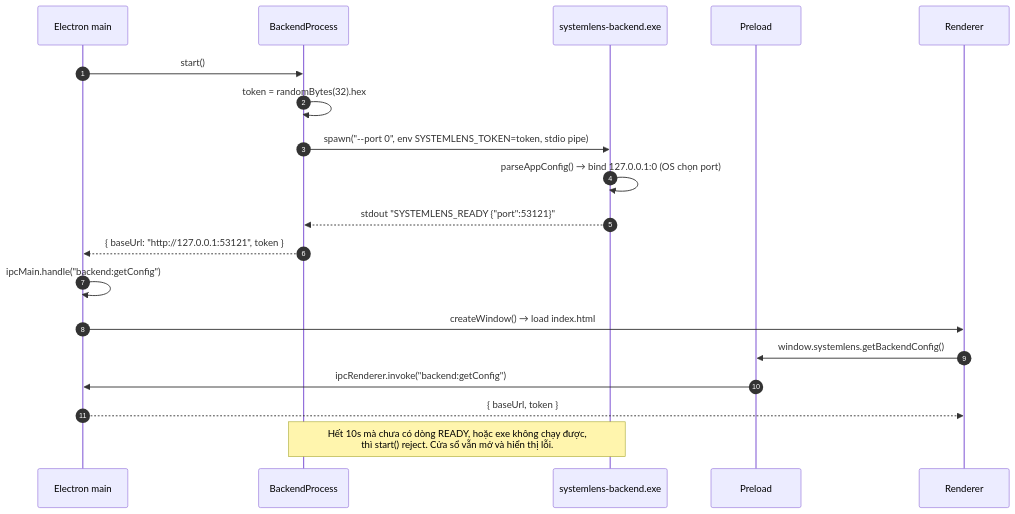
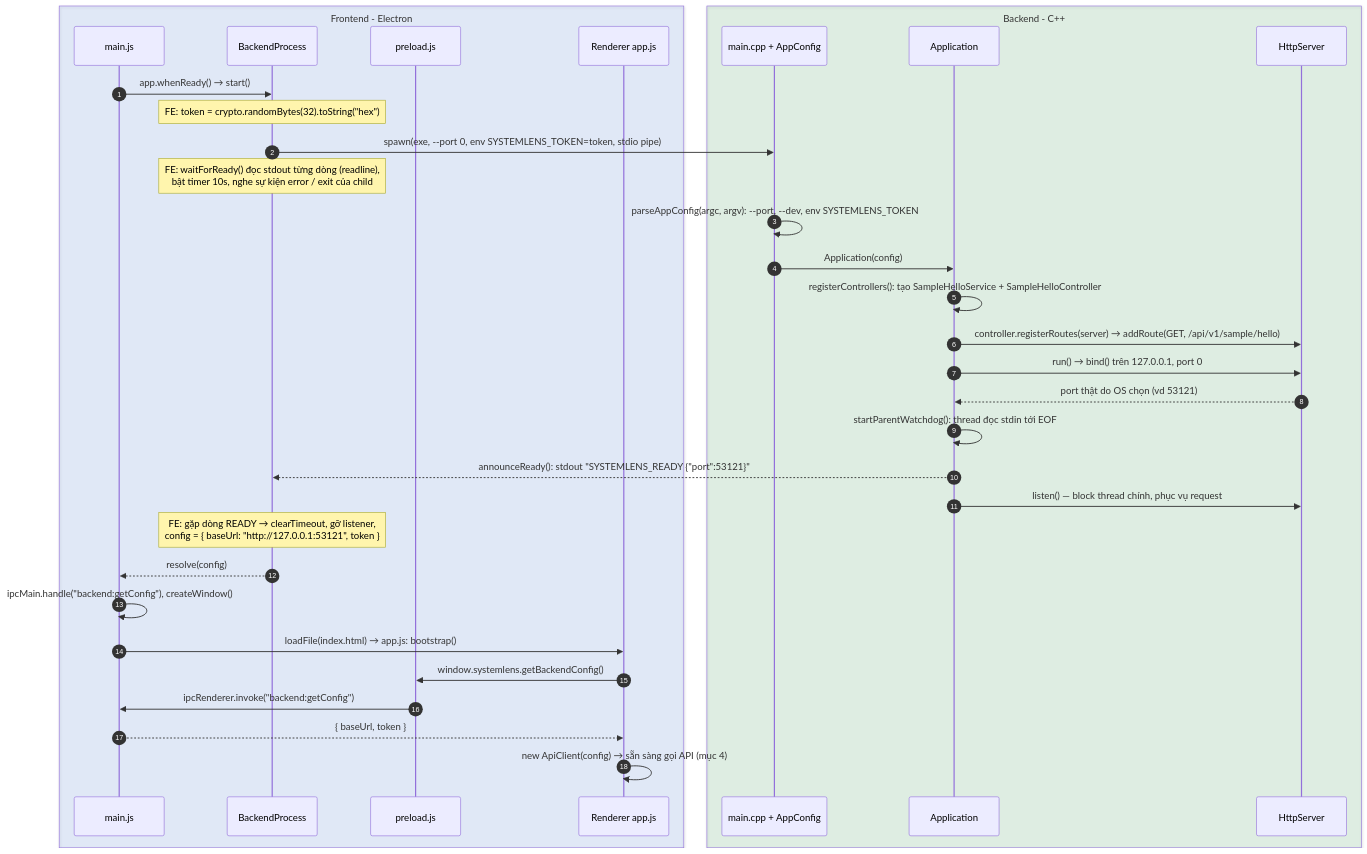
The second of 4 diagrams in docs/high-level-design.md (hoanglong1412/SystemLens), drawn with Mermaid before and after one commit. The commit also changed other lines of this file and 13 other files, not shown here.

First line of the commit message:
Add master spec, LLDs and API reference; refine HLD diagrams

````diff
--- a/docs/high-level-design.md
+++ b/docs/high-level-design.md
@@ -63,22 +83,37 @@
 ```mermaid
 sequenceDiagram
     autonumber
-    participant M as Electron main
-    participant BP as BackendProcess
-    participant BE as systemlens-backend.exe
-    participant P as Preload
-    participant R as Renderer
+    box rgba(66,133,244,0.12) Frontend - Electron
+        participant M as main.js
+        participant BP as BackendProcess
+        participant P as preload.js
+        participant R as Renderer app.js
+    end
+    box rgba(52,168,83,0.12) Backend - C++
+        participant BE as main.cpp + AppConfig
+        participant A as Application
+        participant S as HttpServer
+    end
 
-    M->>BP: start()
-    BP->>BP: token = randomBytes(32).hex
-    BP->>BE: spawn("--port 0", env SYSTEMLENS_TOKEN=token, stdio pipe)
-    BE->>BE: parseAppConfig() → bind 127.0.0.1:0 (OS chọn port)
-    BE-->>BP: stdout "SYSTEMLENS_READY {"port":53121}"
-    BP-->>M: { baseUrl: "http://127.0.0.1:53121", token }
-    M->>M: ipcMain.handle("backend:getConfig")
-    M->>R: createWindow() → load index.html
+    M->>BP: app.whenReady() → start()
+    Note over BP: FE: token = crypto.randomBytes(32).toString("hex")
+    BP->>BE: spawn(exe, --port 0, env SYSTEMLENS_TOKEN=token, stdio pipe)
+    Note over BP: FE: waitForReady() đọc stdout từng dòng (readline),<br/>bật timer 10s, nghe sự kiện error / exit của child
+    BE->>BE: parseAppConfig(argc, argv): --port, --dev, env SYSTEMLENS_TOKEN
+    BE->>A: Application(config)
+    A->>A: registerControllers(): tạo SampleHelloService + SampleHelloController
+    A->>S: controller.registerRoutes(server) → addRoute(GET, /api/v1/sample/hello)
+    A->>S: run() → bind() trên 127.0.0.1, port 0
+    S-->>A: port thật do OS chọn (vd 53121)
+    A->>A: startParentWatchdog(): thread đọc stdin tới EOF
+    A-->>BP: announceReady(): stdout "SYSTEMLENS_READY {"port":53121}"
+    A->>S: listen() — block thread chính, phục vụ request
+    Note over BP: FE: gặp dòng READY → clearTimeout, gỡ listener,<br/>config = { baseUrl: "http://127.0.0.1:53121", token }
+    BP-->>M: resolve(config)
+    M->>M: ipcMain.handle("backend:getConfig"), createWindow()
+    M->>R: loadFile(index.html) → app.js: bootstrap()
     R->>P: window.systemlens.getBackendConfig()
     P->>M: ipcRenderer.invoke("backend:getConfig")
     M-->>R: { baseUrl, token }
-    Note over BP,BE: Hết 10s mà chưa có dòng READY, hoặc exe không chạy được,<br/>thì start() reject. Cửa sổ vẫn mở và hiển thị lỗi.
+    R->>R: new ApiClient(config) → sẵn sàng gọi API (mục 4)
 ```
````
